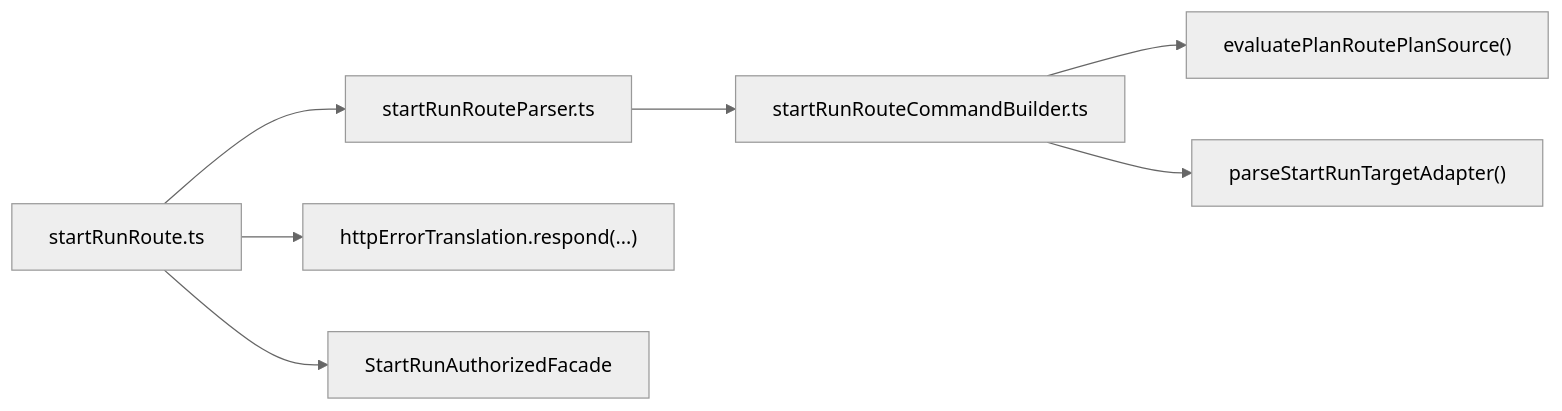
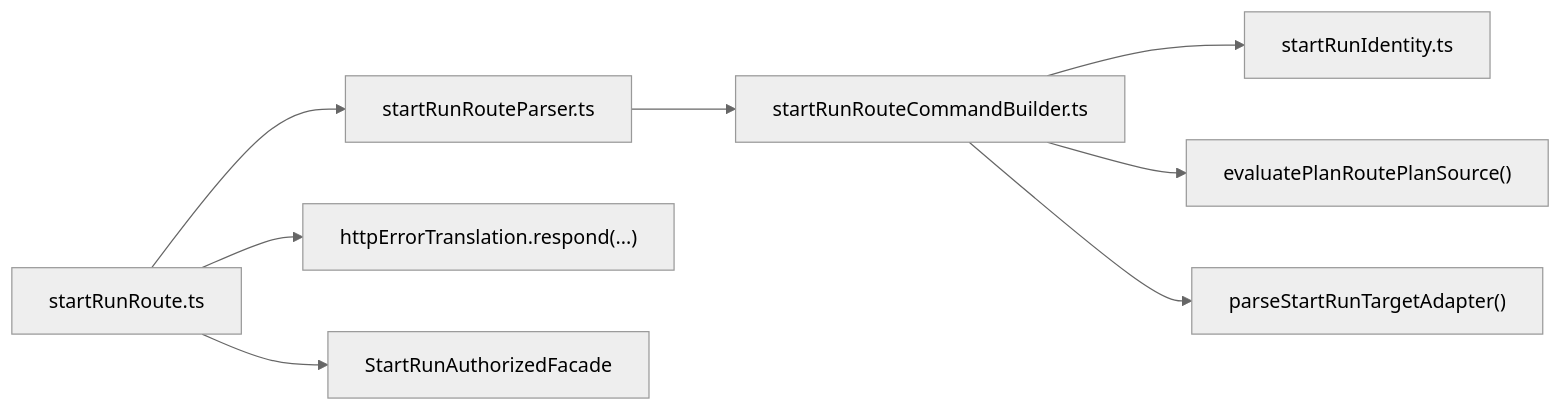
Before and after one commit to dunay2/dvt: the fourth of 6 diagrams in docs/architecture/components/api/api-current-to-target-architecture.md, drawn with Mermaid (neutral theme). The commit also changed other lines of this file and 43 other files, not shown here.

Commit message:
fix(api): Prevent client-authored start-run identity

````diff
--- a/docs/architecture/components/api/api-current-to-target-architecture.md
+++ b/docs/architecture/components/api/api-current-to-target-architecture.md
@@ -258,9 +258,10 @@
 ```mermaid
 flowchart LR
   Route["startRunRoute.ts"] --> Parser["startRunRouteParser.ts"]
   Parser --> Builder["startRunRouteCommandBuilder.ts"]
+  Builder --> Identity["startRunIdentity.ts"]
   Builder --> Policy["evaluatePlanRoutePlanSource()"]
   Builder --> Target["parseStartRunTargetAdapter()"]
   Route --> ErrorFacade["httpErrorTranslation.respond(...)"]
   Route --> StartFacade["StartRunAuthorizedFacade"]
 ```
````
